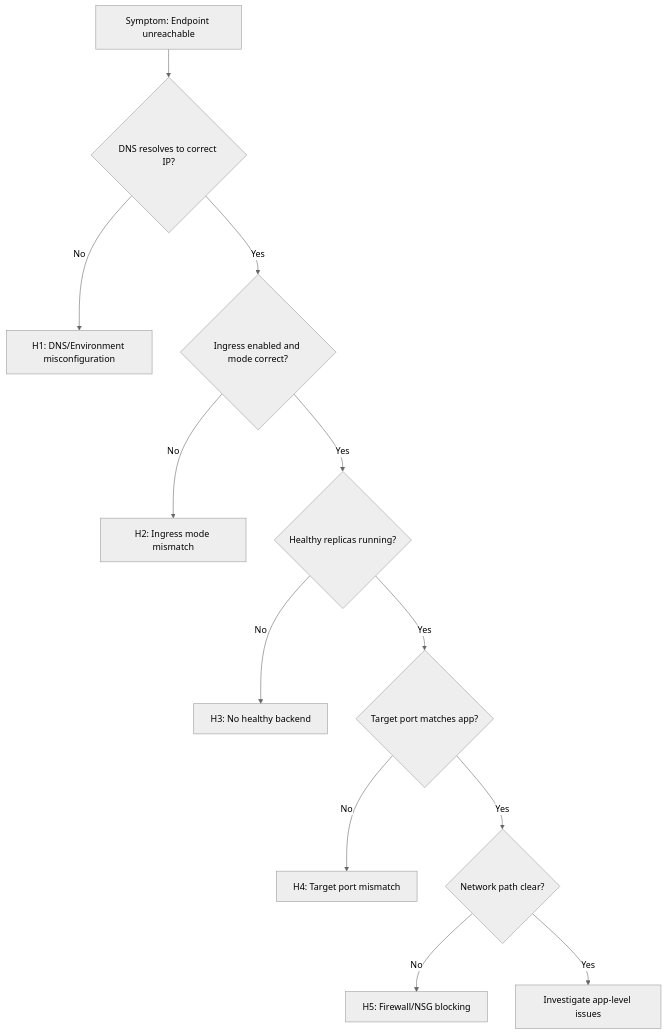
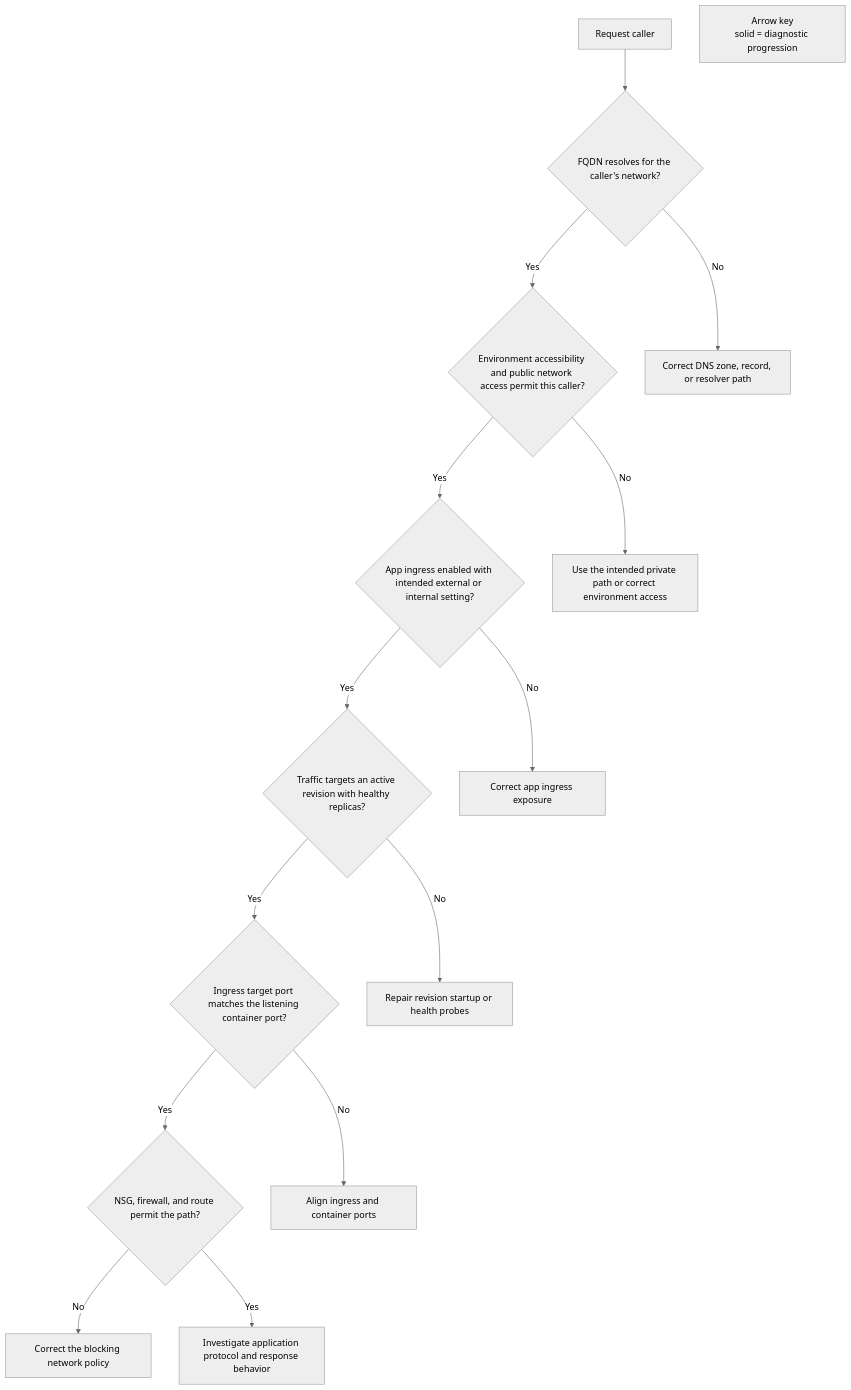
The diagram in docs/troubleshooting/playbooks/ingress-and-networking/ingress-not-reachable.md (yeongseon/azure-container-apps-practical-guide), drawn with Mermaid (neutral theme) before and after one commit. The commit also changed other lines of this file and 23 other files, not shown here.

First line of the commit message:
docs(diagrams): migrate troubleshooting playbook diagrams (#626)

````diff
--- a/docs/troubleshooting/playbooks/ingress-and-networking/ingress-not-reachable.md
+++ b/docs/troubleshooting/playbooks/ingress-and-networking/ingress-not-reachable.md
@@ -38,14 +38,36 @@
 ```mermaid
-graph TD
-    A[Symptom: Endpoint unreachable] --> B{DNS resolves to correct IP?}
-    B -->|No| H1[H1: DNS/Environment misconfiguration]
-    B -->|Yes| C{Ingress enabled and mode correct?}
-    C -->|No| H2[H2: Ingress mode mismatch]
-    C -->|Yes| D{Healthy replicas running?}
-    D -->|No| H3[H3: No healthy backend]
-    D -->|Yes| E{Target port matches app?}
-    E -->|No| H4[H4: Target port mismatch]
-    E -->|Yes| F{Network path clear?}
-    F -->|No| H5[H5: Firewall/NSG blocking]
-    F -->|Yes| G[Investigate app-level issues]
+flowchart TD
+    accTitle: Diagnose an unreachable Container Apps ingress endpoint
+    accDescr: Follow DNS, environment accessibility, app ingress, revision health, target port, and network policy evidence before investigating application behavior.
+
+    CALLER[Request caller]
+    DNS{FQDN resolves for the caller's network?}
+    ACCESS{Environment accessibility and public network access permit this caller?}
+    ENABLED{App ingress enabled with intended external or internal setting?}
+    HEALTH{Traffic targets an active revision with healthy replicas?}
+    PORT{Ingress target port matches the listening container port?}
+    POLICY{NSG, firewall, and route permit the path?}
+    APP[Investigate application protocol and response behavior]
+    DNS_FIX[Correct DNS zone, record, or resolver path]
+    ACCESS_FIX[Use the intended private path or correct environment access]
+    INGRESS_FIX[Correct app ingress exposure]
+    HEALTH_FIX[Repair revision startup or health probes]
+    PORT_FIX[Align ingress and container ports]
+    POLICY_FIX[Correct the blocking network policy]
+
+    CALLER --> DNS
+    DNS -->|No| DNS_FIX
+    DNS -->|Yes| ACCESS
+    ACCESS -->|No| ACCESS_FIX
+    ACCESS -->|Yes| ENABLED
+    ENABLED -->|No| INGRESS_FIX
+    ENABLED -->|Yes| HEALTH
+    HEALTH -->|No| HEALTH_FIX
+    HEALTH -->|Yes| PORT
+    PORT -->|No| PORT_FIX
+    PORT -->|Yes| POLICY
+    POLICY -->|No| POLICY_FIX
+    POLICY -->|Yes| APP
+
+    LEGEND["Arrow key<br/>solid = diagnostic progression"]
 ```
````
